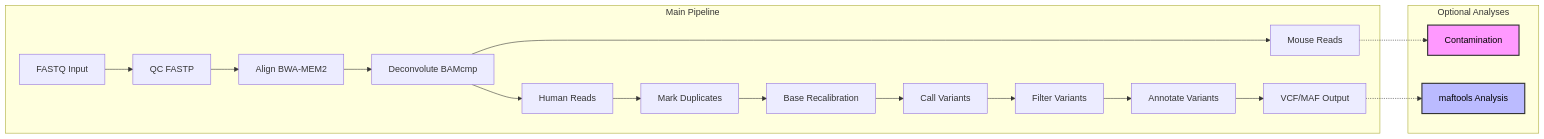
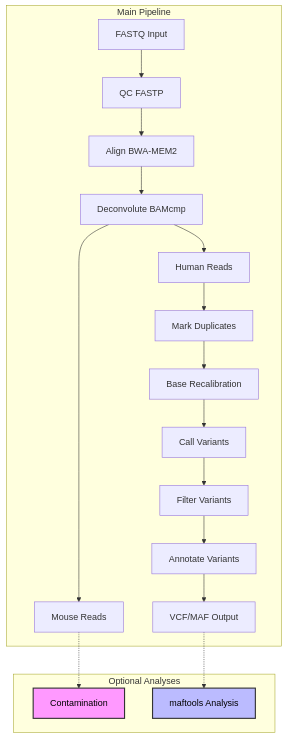
Before and after one commit to tylergross97/pdx_somatic_variant_calling: the diagram in README.md, drawn with Mermaid.

````diff
--- a/README.md
+++ b/README.md
@@ -48,26 +48,26 @@
 ```mermaid
-graph LR
+graph TD
     subgraph "Main Pipeline"
     A[FASTQ Input] --> B[QC FASTP]
     B --> C[Align BWA-MEM2]
     C --> D[Deconvolute BAMcmp]
     D --> E[Human Reads]
     D --> F[Mouse Reads]
     E --> G[Mark Duplicates]
     G --> H[Base Recalibration]
     H --> I[Call Variants]
     I --> J[Filter Variants]
     J --> K[Annotate Variants]
     K --> L[VCF/MAF Output]
     end
 
     subgraph "Optional Analyses"
     style M fill:#f9f,stroke:#333,stroke-width:2px,color:#000
     style N fill:#bbf,stroke:#333,stroke-width:2px,color:#000
     M[Contamination]
     N[maftools Analysis]
     end
 
     F -.-> M
     L -.-> N
 ```
````
